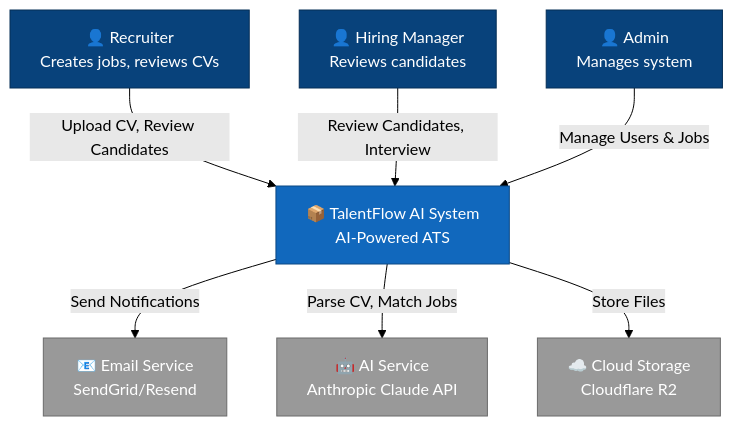
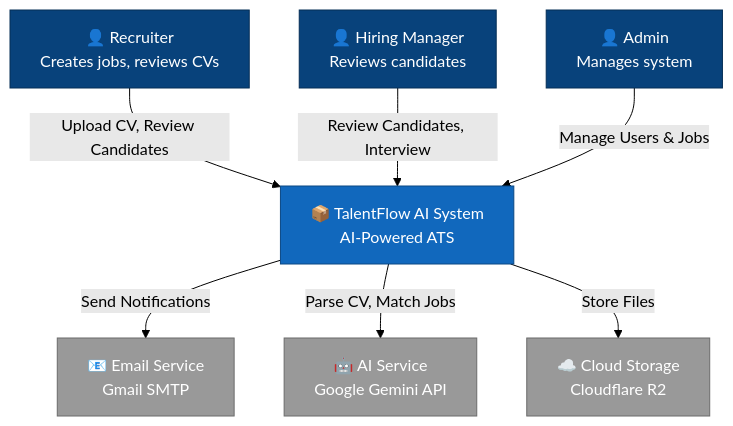
One commit to vuongng2212/TalentFlow-AI-Backend changed the first of 2 diagrams in docs/SRS.md. Above: the diagram before and after it, drawn with Mermaid (forest theme). The commit also changed other lines of this file and 2 other files, not shown here.

Commit message:
docs: update project summary, SRS, and ADR-009 with latest architecture and RabbitMQ details

````diff
--- a/docs/SRS.md
+++ b/docs/SRS.md
@@ -29,33 +29,33 @@
 ```mermaid
 graph TB
     %% External Actors
     Recruiter[👤 Recruiter<br/>Creates jobs, reviews CVs]
     HiringManager[👤 Hiring Manager<br/>Reviews candidates]
     Admin[👤 Admin<br/>Manages system]
 
     %% Main System
     System[📦 TalentFlow AI System<br/>AI-Powered ATS]
 
     %% External Systems
-    EmailService[📧 Email Service<br/>SendGrid/Resend]
-    AIService[🤖 AI Service<br/>Anthropic Claude API]
+    EmailService[📧 Email Service<br/>Gmail SMTP]
+    AIService[🤖 AI Service<br/>Google Gemini API]
     Storage[☁️ Cloud Storage<br/>Cloudflare R2]
 
     %% Relationships
     Recruiter -->|Upload CV, Review Candidates| System
     HiringManager -->|Review Candidates, Interview| System
     Admin -->|Manage Users & Jobs| System
 
     System -->|Send Notifications| EmailService
     System -->|Parse CV, Match Jobs| AIService
     System -->|Store Files| Storage
 
     %% Styling
     classDef person fill:#08427B,stroke:#052E56,color:#fff
     classDef system fill:#1168BD,stroke:#0B4884,color:#fff
     classDef external fill:#999999,stroke:#6B6B6B,color:#fff
 
     class Recruiter,HiringManager,Admin person
     class System system
     class EmailService,AIService,Storage external
 ```
````
